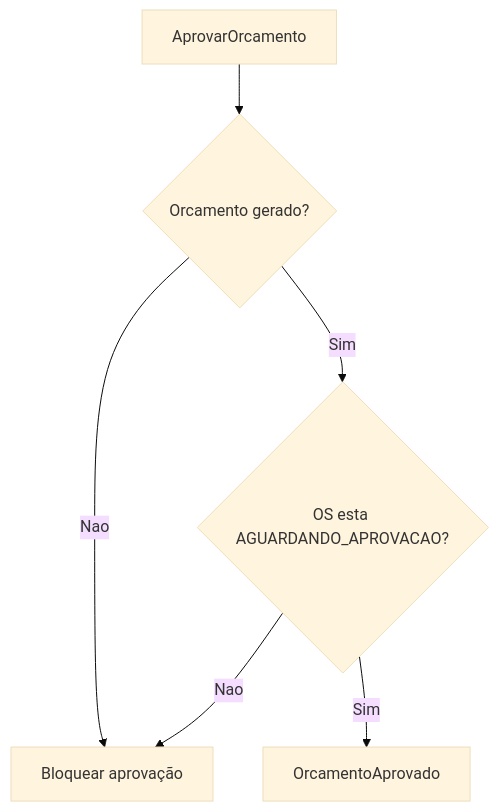
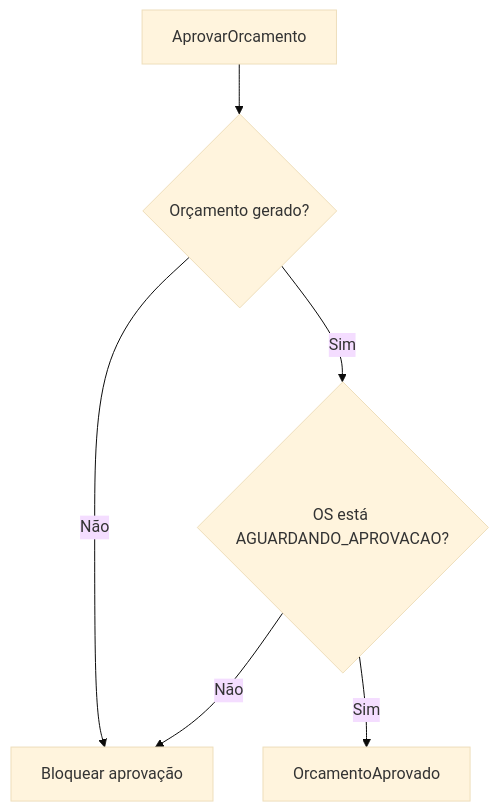
One commit to yxsbx/SOAT-FIAP changed the third of 7 diagrams in docs/EVENT_STORMING.md. Above: the diagram before and after it, drawn with Mermaid (base theme). The commit also changed other lines of this file and 13 other files, not shown here.

````diff
--- a/docs/EVENT_STORMING.md
+++ b/docs/EVENT_STORMING.md
@@ -362,14 +364,14 @@
 ```mermaid
 flowchart TD
     C1["AprovarOrcamento"]
-    P1{"Orcamento gerado?"}
-    P2{"OS esta AGUARDANDO_APROVACAO?"}
+    P1{"Orçamento gerado?"}
+    P2{"OS está AGUARDANDO_APROVACAO?"}
     E1["OrcamentoAprovado"]
     X1["Bloquear aprovação"]
 
     C1 --> P1
-    P1 -- "Nao" --> X1
+    P1 -- "Não" --> X1
     P1 -- "Sim" --> P2
-    P2 -- "Nao" --> X1
+    P2 -- "Não" --> X1
     P2 -- "Sim" --> E1
 ```
````
